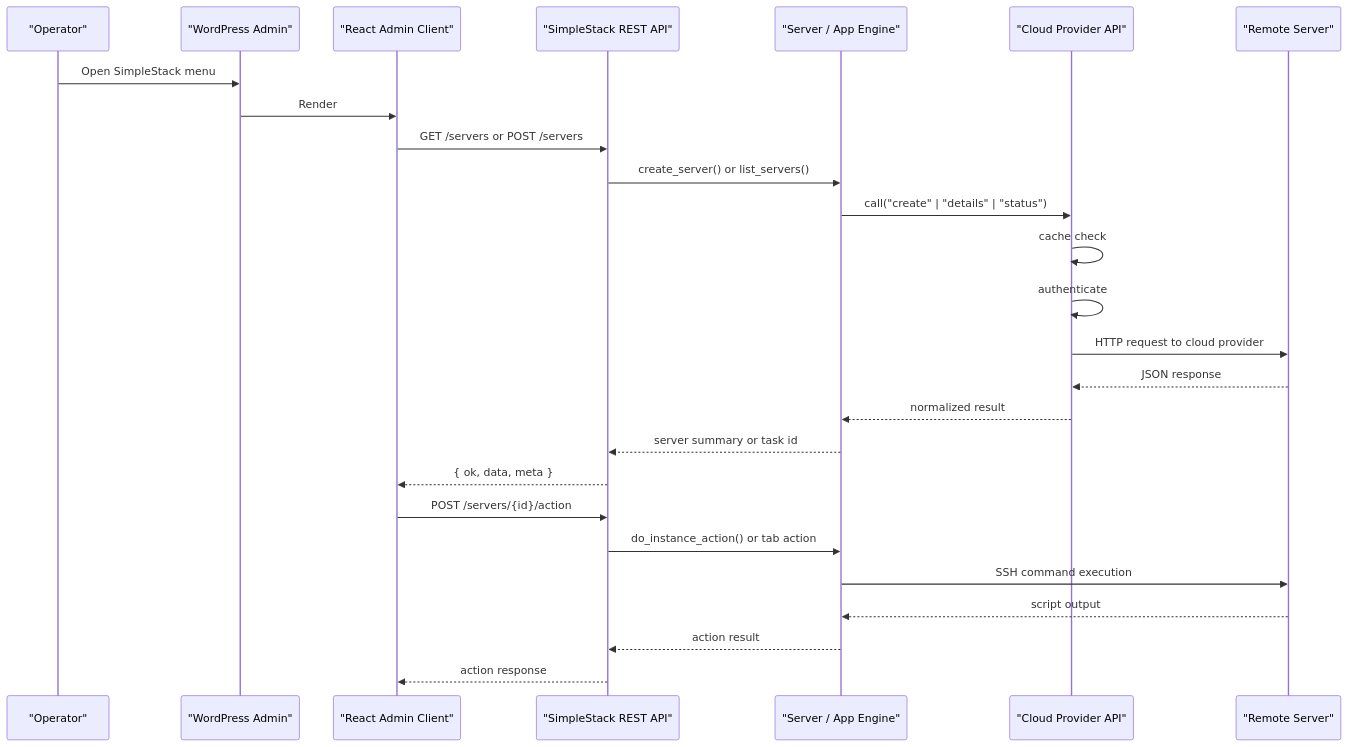
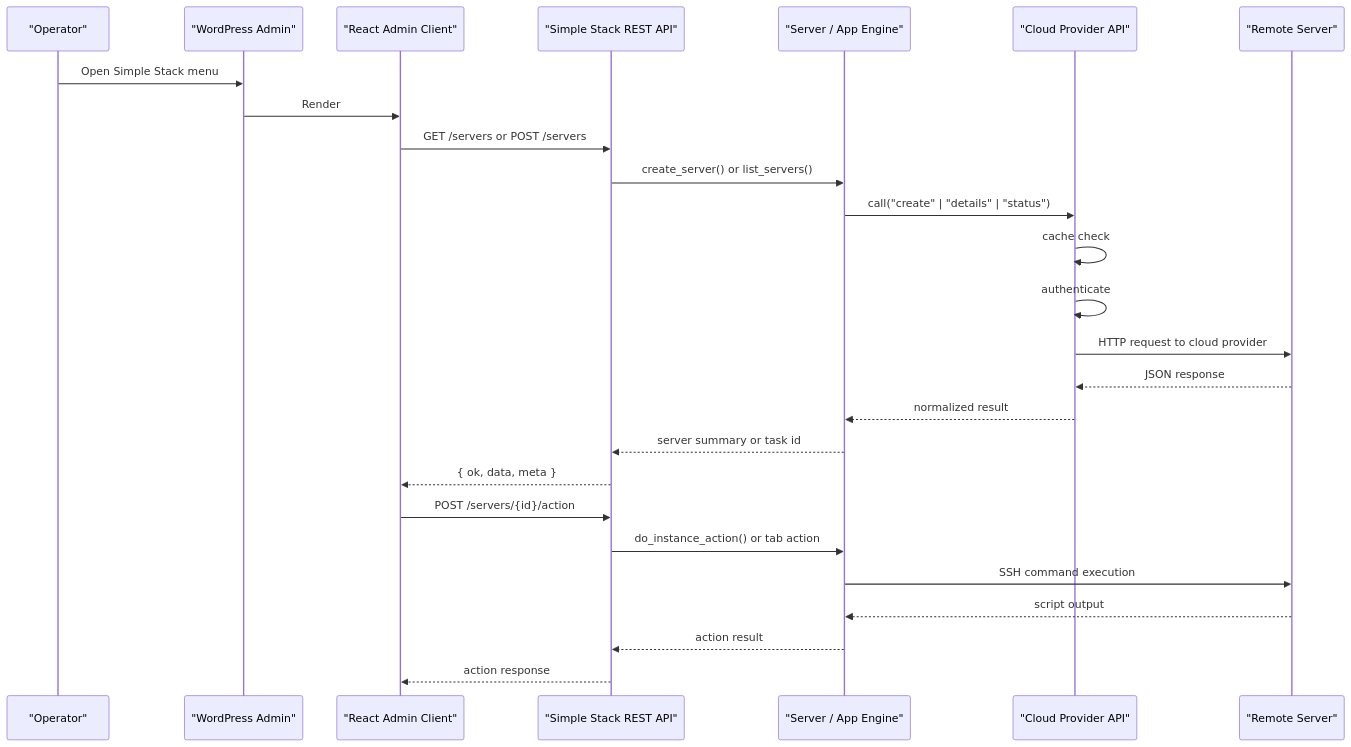
Before and after one commit to onedogsolutions/simple-stack: the second of 10 diagrams in .qoder/repowiki/en/content/System Architecture/System Architecture.md, drawn with Mermaid. The commit also changed other lines of this file and 5941 other files, not shown here.

First line of the commit message:
refactor(core): rebrand WPCloudDeploy to Simple Stack with new namespaces and prefixes

````diff
--- a/.qoder/repowiki/en/content/System Architecture/System Architecture.md
+++ b/.qoder/repowiki/en/content/System Architecture/System Architecture.md
@@ -131,28 +131,28 @@
 ```mermaid
 sequenceDiagram
 participant Operator as "Operator"
 participant WPAdmin as "WordPress Admin"
 participant React as "React Admin Client"
-participant REST as "SimpleStack REST API"
+participant REST as "Simple Stack REST API"
 participant Engine as "Server / App Engine"
 participant Provider as "Cloud Provider API"
 participant Remote as "Remote Server"
-Operator->>WPAdmin : Open SimpleStack menu
+Operator->>WPAdmin : Open Simple Stack menu
 WPAdmin->>React : Render #simplestack-admin
 React->>REST : GET /servers or POST /servers
 REST->>Engine : create_server() or list_servers()
 Engine->>Provider : call("create" | "details" | "status")
 Provider->>Provider : cache check
 Provider->>Provider : authenticate
 Provider->>Remote : HTTP request to cloud provider
 Remote-->>Provider : JSON response
 Provider-->>Engine : normalized result
 Engine-->>REST : server summary or task id
 REST-->>React : { ok, data, meta }
 React->>REST : POST /servers/{id}/action
 REST->>Engine : do_instance_action() or tab action
 Engine->>Remote : SSH command execution
 Remote-->>Engine : script output
 Engine-->>REST : action result
 REST-->>React : action response
 ```
````
